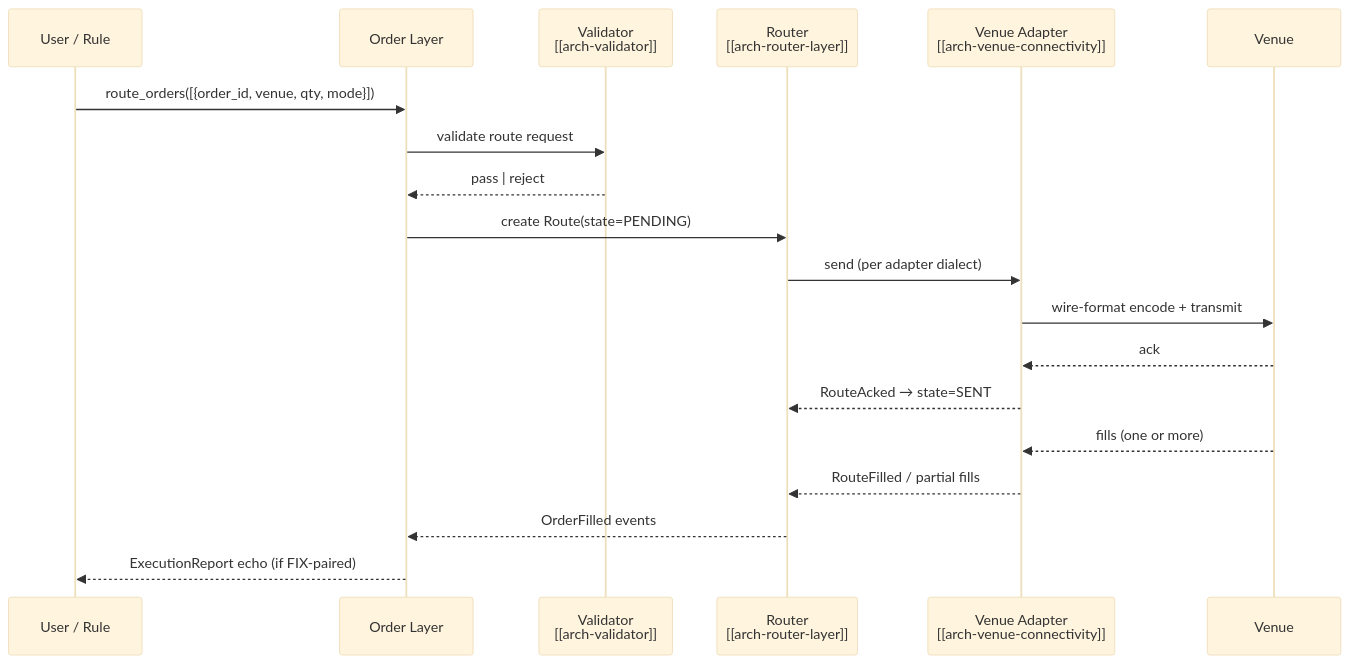
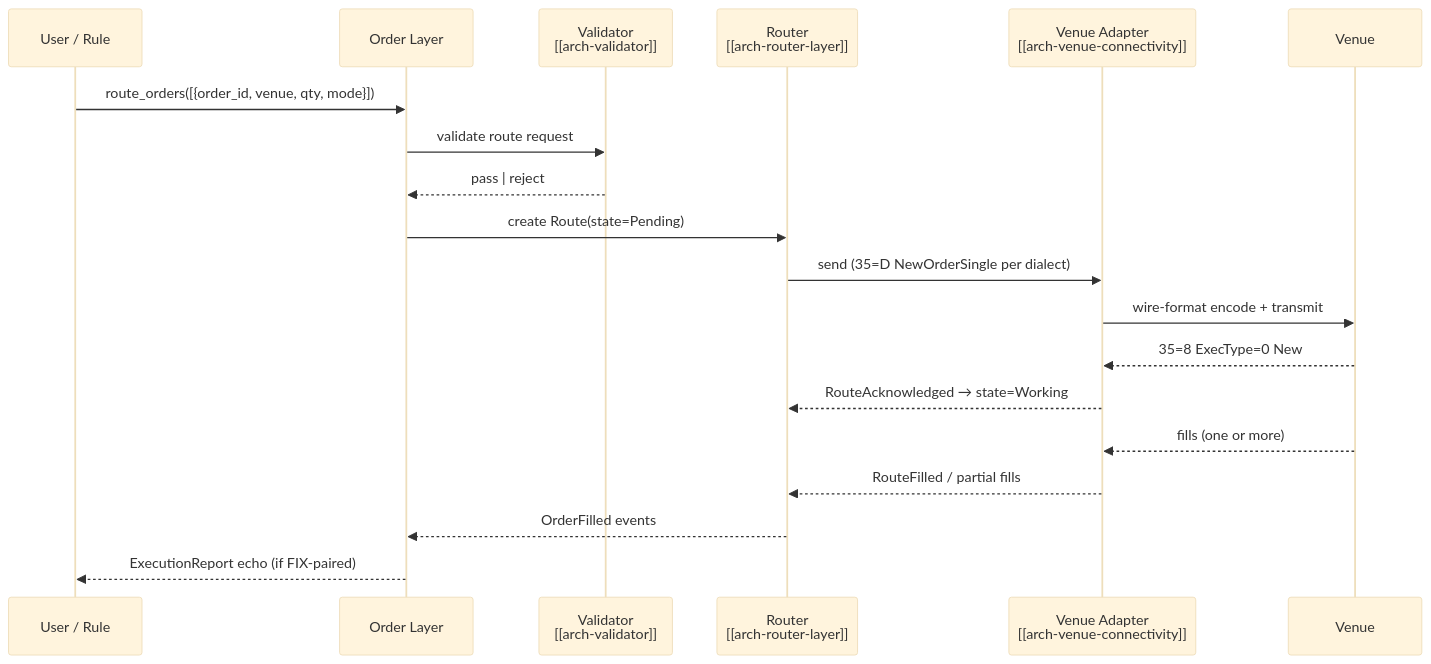
The diagram in 20_workflows/routing/route-single.md (yksi7417/cross_asset_ems), drawn with Mermaid (base theme) before and after one commit. The commit also changed other lines of this file and 16 other files, not shown here.

First line of the commit message:
docs: ground order/route lifecycle in FIX cancel/replace semantics

````diff
--- a/20_workflows/routing/route-single.md
+++ b/20_workflows/routing/route-single.md
@@ -32,22 +32,22 @@
 ```mermaid
 sequenceDiagram
   participant U as User / Rule
   participant O as Order Layer
   participant V as Validator<br/>[[arch-validator]]
   participant R as Router<br/>[[arch-router-layer]]
   participant A as Venue Adapter<br/>[[arch-venue-connectivity]]
   participant X as Venue
 
   U->>O: route_orders([{order_id, venue, qty, mode}])
   O->>V: validate route request
   V-->>O: pass | reject
-  O->>R: create Route(state=PENDING)
-  R->>A: send (per adapter dialect)
+  O->>R: create Route(state=Pending)
+  R->>A: send (35=D NewOrderSingle per dialect)
   A->>X: wire-format encode + transmit
-  X-->>A: ack
-  A-->>R: RouteAcked → state=SENT
+  X-->>A: 35=8 ExecType=0 New
+  A-->>R: RouteAcknowledged → state=Working
   X-->>A: fills (one or more)
   A-->>R: RouteFilled / partial fills
   R-->>O: OrderFilled events
   O-->>U: ExecutionReport echo (if FIX-paired)
 ```
````
